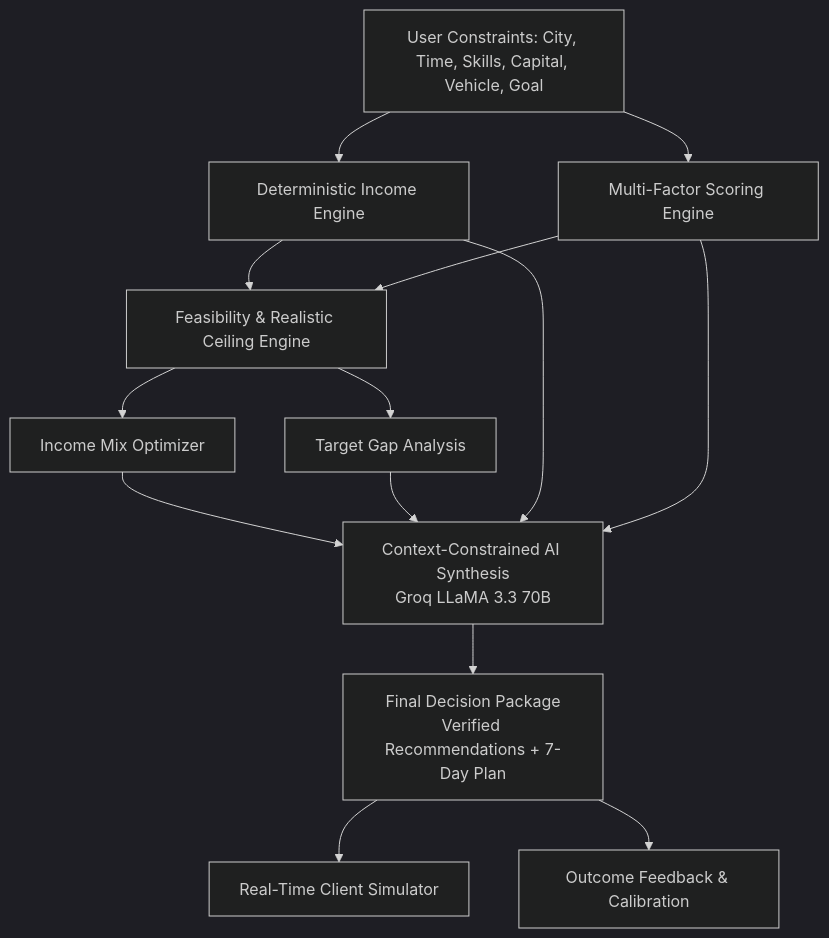
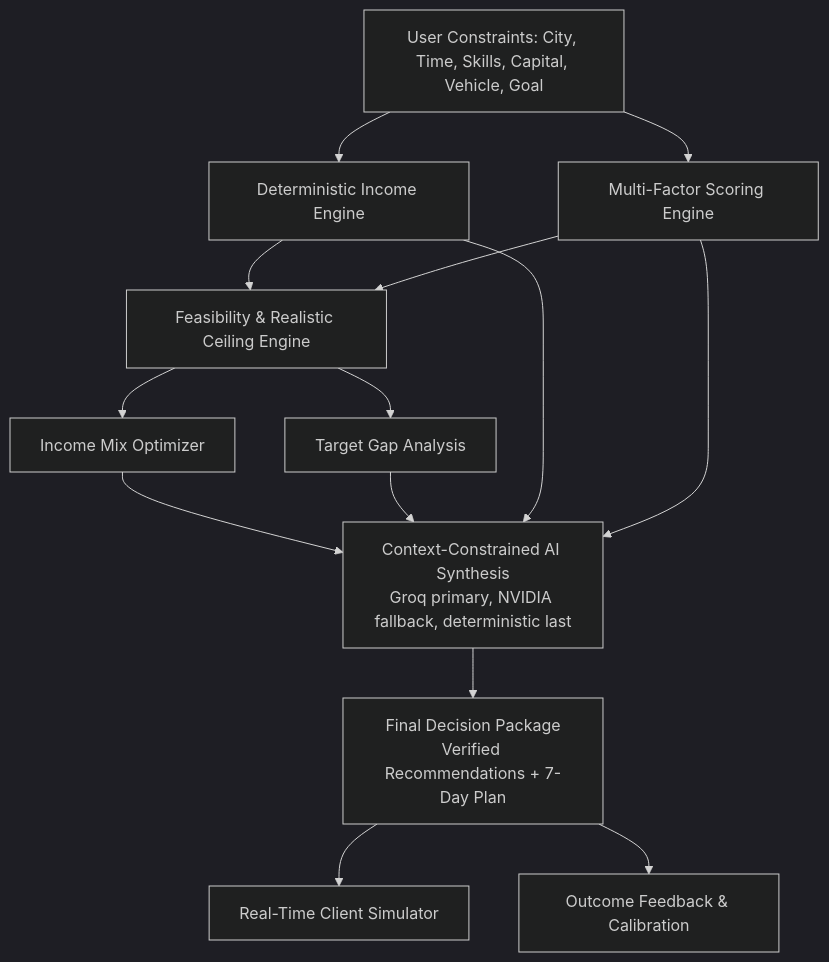
The diagram in README.md (Anik00223/DailyEarn-AI), drawn with Mermaid (dark theme) before and after one commit. The commit also changed other lines of this file and 1 other file, not shown here.

````diff
--- a/README.md
+++ b/README.md
@@ -44,13 +54,13 @@
 ```mermaid
 flowchart TD
     A[User Constraints: City, Time, Skills, Capital, Vehicle, Goal] --> B[Deterministic Income Engine]
     A --> C[Multi-Factor Scoring Engine]
     B --> D[Feasibility & Realistic Ceiling Engine]
     C --> D
     D --> E[Income Mix Optimizer]
     D --> F[Target Gap Analysis]
-    E & F & B & C --> G[Context-Constrained AI Synthesis\nGroq LLaMA 3.3 70B]
+    E & F & B & C --> G[Context-Constrained AI Synthesis\nGroq primary, NVIDIA fallback, deterministic last]
     G --> H[Final Decision Package\nVerified Recommendations + 7-Day Plan]
     H --> I[Real-Time Client Simulator]
     H --> J[Outcome Feedback & Calibration]
 ```
````
